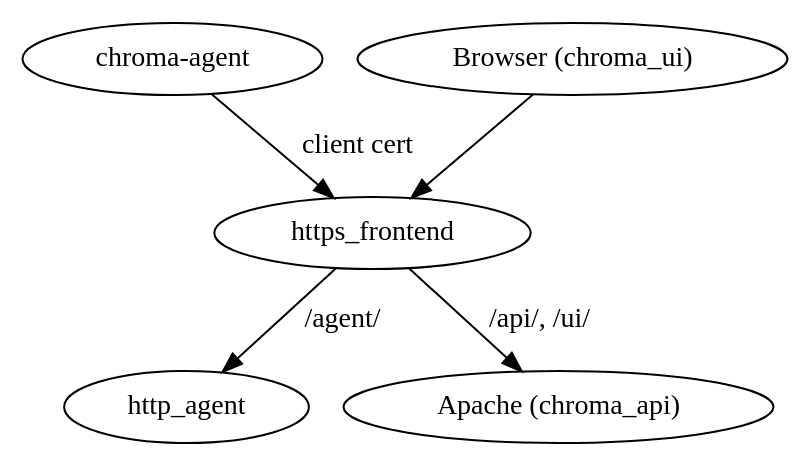
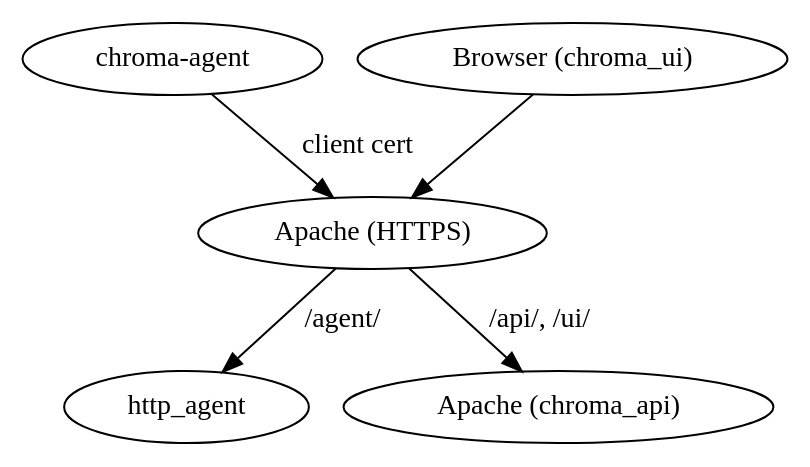
The second of 5 diagrams in chroma-manager/docs/internals/dataflow.rst (whamcloud/integrated-manager-for-lustre), drawn with Graphviz before and after one commit. The commit also changed other lines of this file and 13 other files, not shown here.

```diff
--- a/chroma-manager/docs/internals/dataflow.rst
+++ b/chroma-manager/docs/internals/dataflow.rst
@@ -33,8 +33,8 @@
 .. graphviz::
     
     digraph https_dataflow {
-            https_frontend -> http_agent [label="/agent/"]
-            https_frontend -> "Apache (chroma_api)" [label="/api/, /ui/"]
-            "chroma-agent" -> https_frontend [label="client cert"]
-            "Browser (chroma_ui)" -> https_frontend
+            "Apache (HTTPS)" -> http_agent [label="/agent/"]
+            "Apache (HTTPS)" -> "Apache (chroma_api)" [label="/api/, /ui/"]
+            "chroma-agent" -> "Apache (HTTPS)" [label="client cert"]
+            "Browser (chroma_ui)" -> "Apache (HTTPS)"
     }
```
